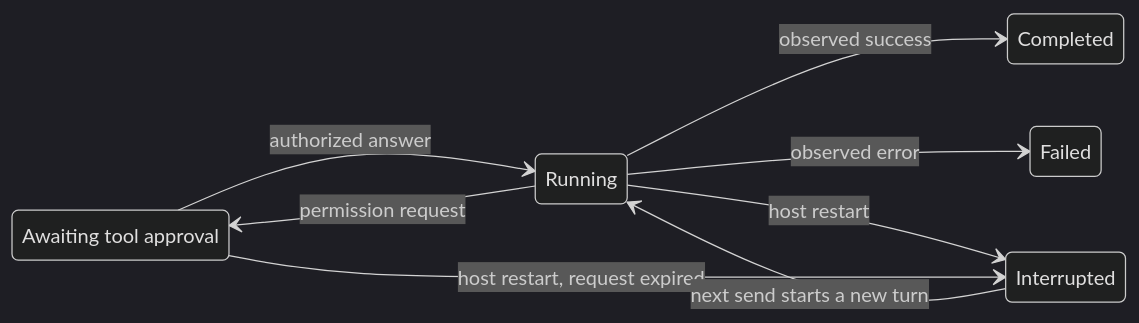
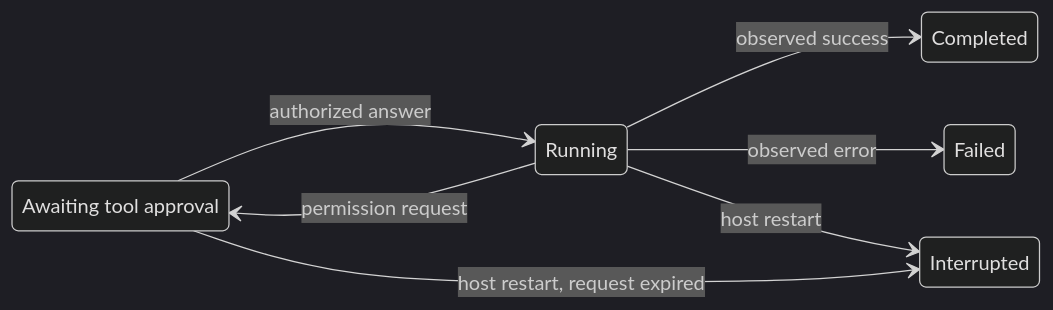
Before and after one commit to vivary-dev/vivary: the fifth of 12 diagrams in docs/product/multi-project/specification/journeys.md, drawn with Mermaid (dark theme). The commit also changed other lines of this file and 10 other files, not shown here.

````diff
--- a/docs/product/multi-project/specification/journeys.md
+++ b/docs/product/multi-project/specification/journeys.md
@@ -106,12 +106,11 @@
 ```mermaid
 stateDiagram-v2
   direction LR
   state "Awaiting tool approval" as AwaitingToolApproval
   Running --> AwaitingToolApproval: permission request
   AwaitingToolApproval --> Running: authorized answer
   Running --> Completed: observed success
   Running --> Failed: observed error
   Running --> Interrupted: host restart
   AwaitingToolApproval --> Interrupted: host restart, request expired
-  Interrupted --> Running: next send starts a new turn
 ```
````
